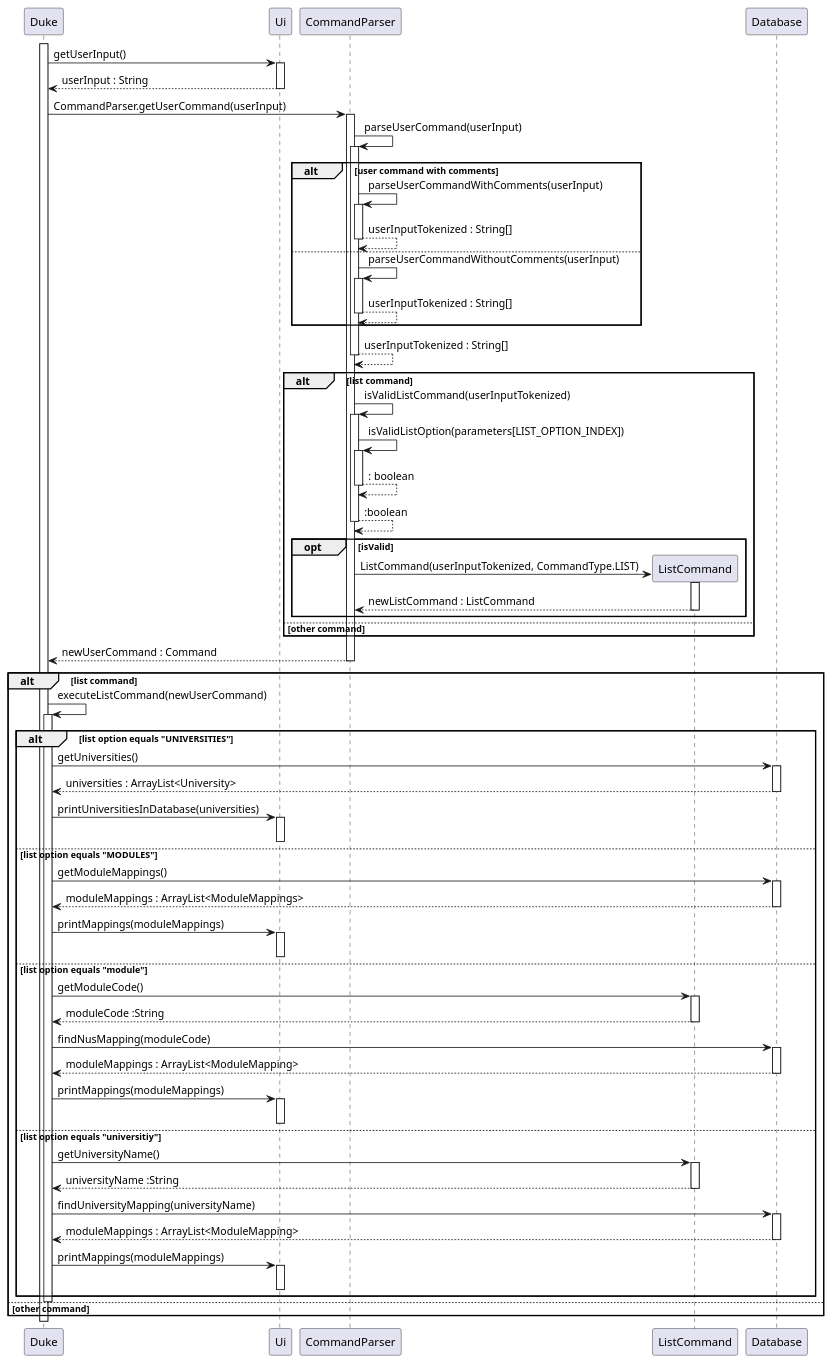
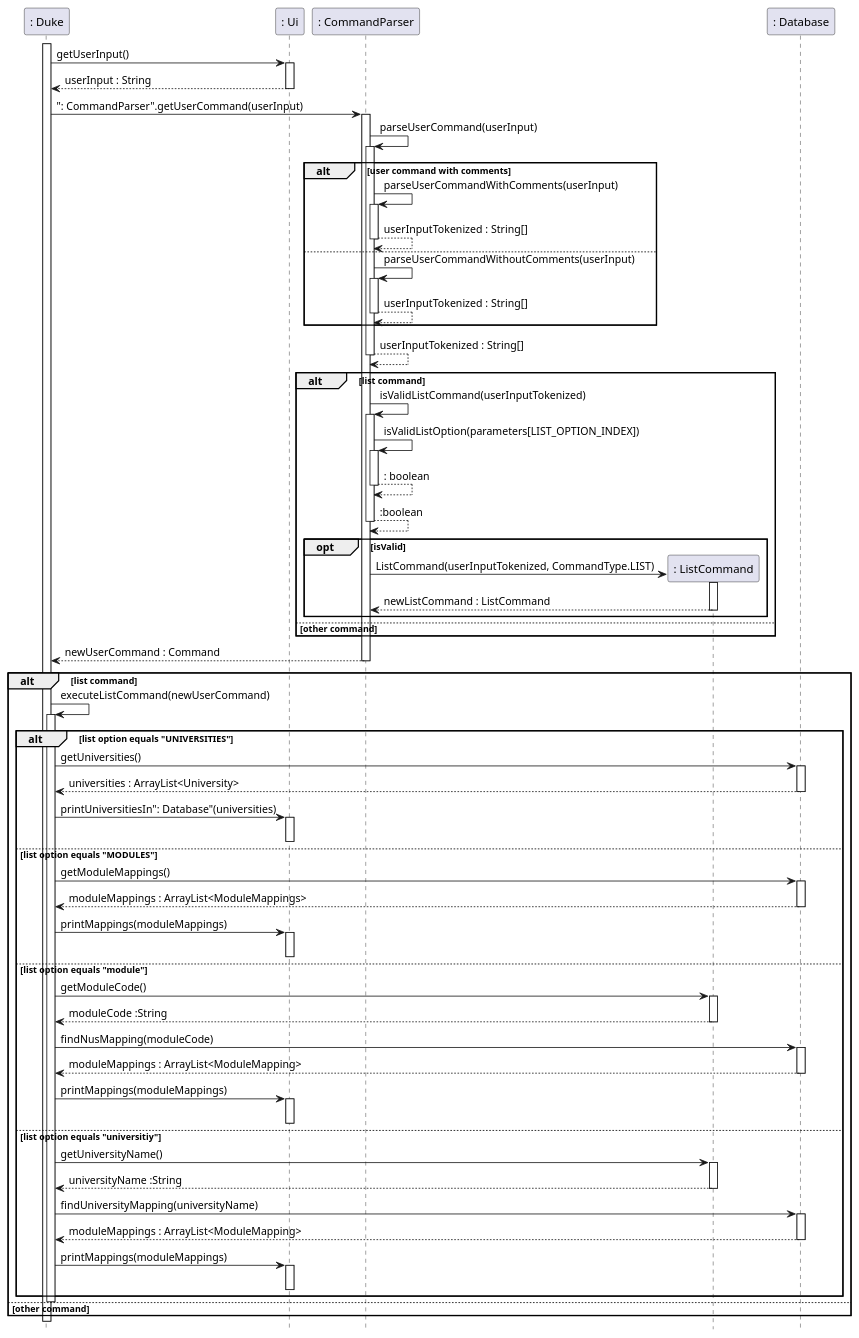
The diagram in docs/diagrams/ListCommand_Sequence.puml (nus-cs2113-AY2223S1/tp), drawn with PlantUML before and after one commit.

Commit message:
Update list command sequence diagram
Remove footbox and add colon in front of classes

```diff
--- a/docs/diagrams/ListCommand_Sequence.puml
+++ b/docs/diagrams/ListCommand_Sequence.puml
@@ -1,130 +1,132 @@
 @startuml
 
-activate Duke
+hide footbox
 
-Duke -> Ui : getUserInput()
-activate Ui
-Ui --> Duke : userInput : String
-deactivate Ui
+activate ": Duke"
 
-Duke -> CommandParser : CommandParser.getUserCommand(userInput)
-activate CommandParser
+": Duke" -> ": Ui" : getUserInput()
+activate ": Ui"
+": Ui" --> ": Duke" : userInput : String
+deactivate ": Ui"
 
-CommandParser -> CommandParser : parseUserCommand(userInput)
-activate CommandParser
+": Duke" -> ": CommandParser" : ": CommandParser".getUserCommand(userInput)
+activate ": CommandParser"
+
+": CommandParser" -> ": CommandParser" : parseUserCommand(userInput)
+activate ": CommandParser"
 
 alt user command with comments
-    CommandParser -> CommandParser : parseUserCommandWithComments(userInput)
-    activate CommandParser
+    ": CommandParser" -> ": CommandParser" : parseUserCommandWithComments(userInput)
+    activate ": CommandParser"
 
-    CommandParser --> CommandParser : userInputTokenized : String[]
-    deactivate CommandParser
+    ": CommandParser" --> ": CommandParser" : userInputTokenized : String[]
+    deactivate ": CommandParser"
 
 else
-    CommandParser -> CommandParser : parseUserCommandWithoutComments(userInput)
-    activate CommandParser
+    ": CommandParser" -> ": CommandParser" : parseUserCommandWithoutComments(userInput)
+    activate ": CommandParser"
 
-    CommandParser --> CommandParser : userInputTokenized : String[]
-    deactivate CommandParser 
+    ": CommandParser" --> ": CommandParser" : userInputTokenized : String[]
+    deactivate ": CommandParser" 
 end
 
-CommandParser --> CommandParser : userInputTokenized : String[]
-deactivate CommandParser
+": CommandParser" --> ": CommandParser" : userInputTokenized : String[]
+deactivate ": CommandParser"
 
 alt list command
 
-    CommandParser -> CommandParser : isValidListCommand(userInputTokenized)
-    activate CommandParser
+    ": CommandParser" -> ": CommandParser" : isValidListCommand(userInputTokenized)
+    activate ": CommandParser"
 
-    CommandParser -> CommandParser : isValidListOption(parameters[LIST_OPTION_INDEX])
-    activate CommandParser
-    CommandParser --> CommandParser : : boolean
-    deactivate CommandParser
+    ": CommandParser" -> ": CommandParser" : isValidListOption(parameters[LIST_OPTION_INDEX])
+    activate ": CommandParser"
+    ": CommandParser" --> ": CommandParser" : : boolean
+    deactivate ": CommandParser"
 
-    CommandParser --> CommandParser : :boolean
-    deactivate CommandParser
+    ": CommandParser" --> ": CommandParser" : :boolean
+    deactivate ": CommandParser"
 
     opt isValid
 
-        create ListCommand
-        CommandParser -> ListCommand : ListCommand(userInputTokenized, CommandType.LIST)
-        activate ListCommand
-        ListCommand --> CommandParser : newListCommand : ListCommand
-        deactivate ListCommand
+        create ": ListCommand"
+        ": CommandParser" -> ": ListCommand" : ListCommand(userInputTokenized, CommandType.LIST)
+        activate ": ListCommand"
+        ": ListCommand" --> ": CommandParser" : newListCommand : ListCommand
+        deactivate ": ListCommand"
 
     end
 
 else other command
 
 end
 
-CommandParser --> Duke : newUserCommand : Command
-deactivate CommandParser
+": CommandParser" --> ": Duke" : newUserCommand : Command
+deactivate ": CommandParser"
 
 alt list command
 
-    Duke -> Duke : executeListCommand(newUserCommand)
-    activate Duke
+    ": Duke" -> ": Duke" : executeListCommand(newUserCommand)
+    activate ": Duke"
 
     alt list option equals "UNIVERSITIES"
 
-        Duke -> Database : getUniversities()
-        activate Database
-        Database --> Duke : universities : ArrayList<University>
-        deactivate Database
+        ": Duke" -> ": Database" : getUniversities()
+        activate ": Database"
+        ": Database" --> ": Duke" : universities : ArrayList<University>
+        deactivate ": Database"
 
-        Duke -> Ui : printUniversitiesInDatabase(universities)
-        activate Ui
-        deactivate Ui
+        ": Duke" -> ": Ui" : printUniversitiesIn": Database"(universities)
+        activate ": Ui"
+        deactivate ": Ui"
 
     else list option equals "MODULES"
 
-        Duke -> Database : getModuleMappings()
-        activate Database
-        Database --> Duke : moduleMappings : ArrayList<ModuleMappings>
-        deactivate Database
+        ": Duke" -> ": Database" : getModuleMappings()
+        activate ": Database"
+        ": Database" --> ": Duke" : moduleMappings : ArrayList<ModuleMappings>
+        deactivate ": Database"
 
-        Duke -> Ui : printMappings(moduleMappings)
-        activate Ui
-        deactivate Ui
+        ": Duke" -> ": Ui" : printMappings(moduleMappings)
+        activate ": Ui"
+        deactivate ": Ui"
 
     else list option equals "module"
 
-        Duke -> ListCommand : getModuleCode()
-        activate ListCommand
-        ListCommand --> Duke : moduleCode :String
-        deactivate ListCommand
+        ": Duke" -> ": ListCommand" : getModuleCode()
+        activate ": ListCommand"
+        ": ListCommand" --> ": Duke" : moduleCode :String
+        deactivate ": ListCommand"
         
-        Duke -> Database : findNusMapping(moduleCode)
-        activate Database
-        Database --> Duke : moduleMappings : ArrayList<ModuleMapping>
-        deactivate Database
+        ": Duke" -> ": Database" : findNusMapping(moduleCode)
+        activate ": Database"
+        ": Database" --> ": Duke" : moduleMappings : ArrayList<ModuleMapping>
+        deactivate ": Database"
 
-        Duke -> Ui : printMappings(moduleMappings)
-        activate Ui
-        deactivate Ui
+        ": Duke" -> ": Ui" : printMappings(moduleMappings)
+        activate ": Ui"
+        deactivate ": Ui"
 
     else list option equals "universitiy"
 
-        Duke -> ListCommand : getUniversityName()
-        activate ListCommand
-        ListCommand --> Duke : universityName :String
-        deactivate ListCommand
+        ": Duke" -> ": ListCommand" : getUniversityName()
+        activate ": ListCommand"
+        ": ListCommand" --> ": Duke" : universityName :String
+        deactivate ": ListCommand"
         
-        Duke -> Database : findUniversityMapping(universityName)
-        activate Database
-        Database --> Duke : moduleMappings : ArrayList<ModuleMapping>
-        deactivate Database
+        ": Duke" -> ": Database" : findUniversityMapping(universityName)
+        activate ": Database"
+        ": Database" --> ": Duke" : moduleMappings : ArrayList<ModuleMapping>
+        deactivate ": Database"
 
-        Duke -> Ui : printMappings(moduleMappings)
-        activate Ui
-        deactivate Ui
+        ": Duke" -> ": Ui" : printMappings(moduleMappings)
+        activate ": Ui"
+        deactivate ": Ui"
 
     end
 
-deactivate Duke
+deactivate ": Duke"
 else other command
 end
-deactivate Duke
+deactivate ": Duke"
 
 @enduml
```
